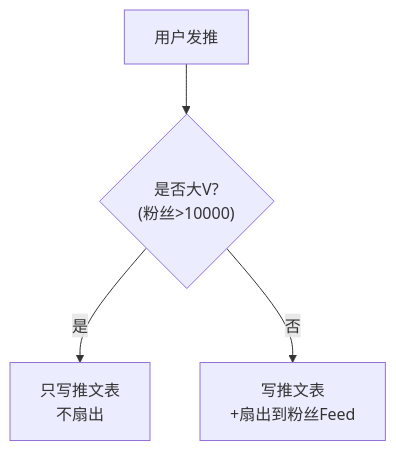
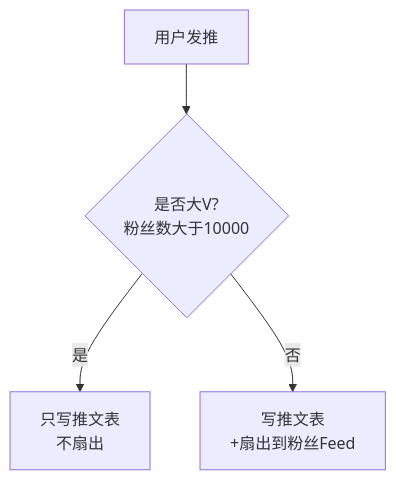
One commit to jpixy/jpixy.github.io changed the fourth of 6 diagrams in content/articles/system-design/sd-11-新闻Feed系统设计.md. Above: the diagram before and after it, drawn with Mermaid. The commit also changed other lines of this file and 66 other files, not shown here.

Commit message:
fix: resolve Mermaid syntax errors by removing parentheses in node labels

````diff
--- a/content/articles/system-design/sd-11-新闻Feed系统设计.md
+++ b/content/articles/system-design/sd-11-新闻Feed系统设计.md
@@ -148,6 +148,6 @@
 ```mermaid
 graph TB
-    A["用户发推"] --> B{"是否大V?<br/>(粉丝>10000)"}
+    A["用户发推"] --> B{"是否大V?<br/>粉丝数大于10000"}
     B -->|是| C["只写推文表<br/>不扇出"]
     B -->|否| D["写推文表<br/>+扇出到粉丝Feed"]
 ```
````
